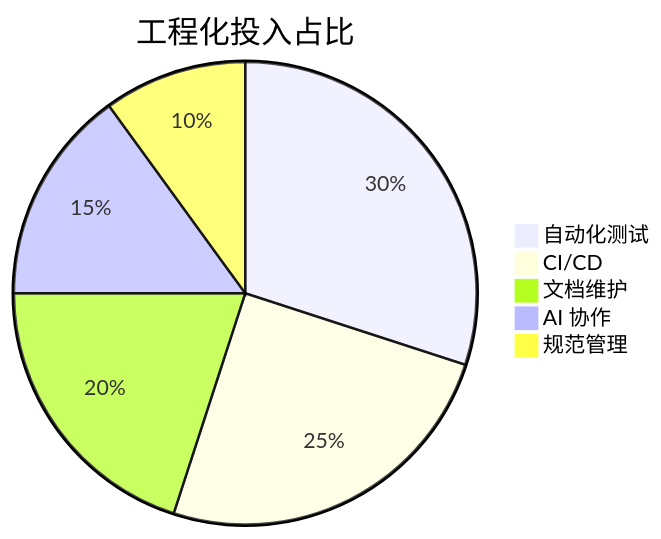
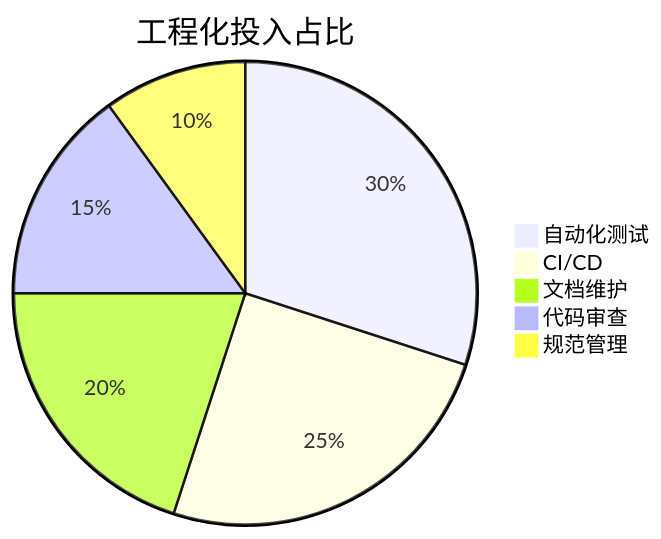
The second of 2 diagrams in docs/engineering/index.md (build-workbench/utop), drawn with Mermaid before and after one commit. The commit also changed other lines of this file and 185 other files, not shown here.

````diff
--- a/docs/engineering/index.md
+++ b/docs/engineering/index.md
@@ -80,8 +59,8 @@
 ```mermaid
 pie title 工程化投入占比
     "自动化测试" : 30
     "CI/CD" : 25
     "文档维护" : 20
-    "AI 协作" : 15
+    "代码审查" : 15
     "规范管理" : 10
 ```
````
